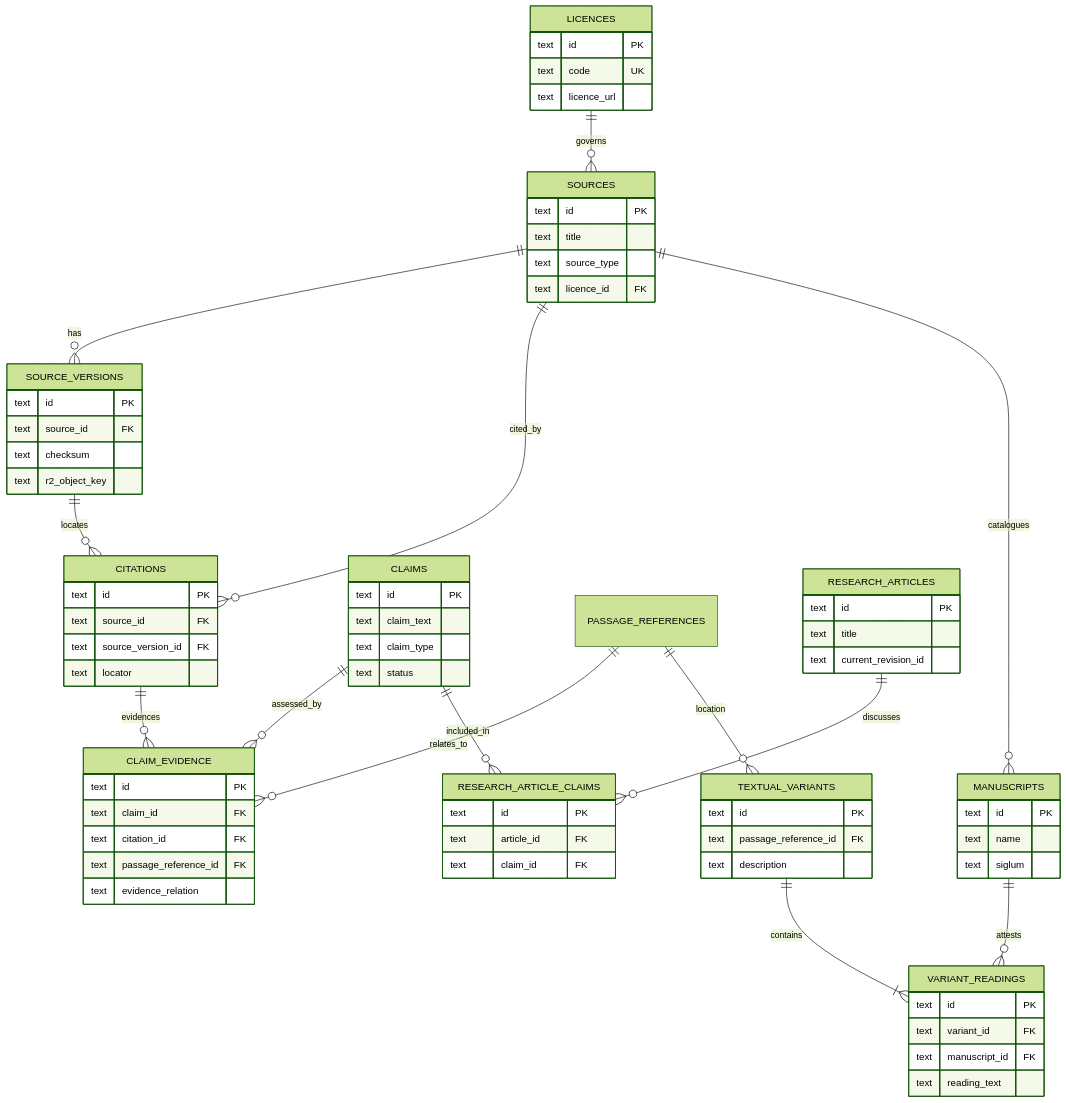
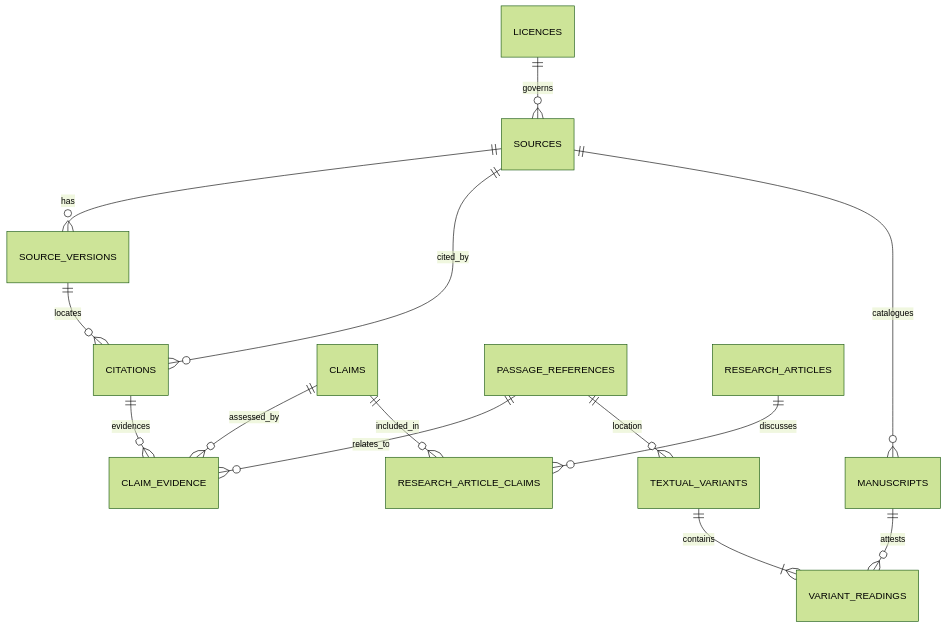
One commit to leenusdarnal/bible-study changed the third of 5 diagrams in docs/12-entity-relationship-diagrams.md. Above: the diagram before and after it, drawn with Mermaid (forest theme). The commit also changed other lines of this file, not shown here.

Commit message:
docs: correct Mermaid ERD syntax

```diff
--- a/docs/12-entity-relationship-diagrams.md
+++ b/docs/12-entity-relationship-diagrams.md
@@ -77,27 +53,16 @@
 ~~~mermaid
 erDiagram
     SOURCES ||--o{ SOURCE_VERSIONS : has
     SOURCES ||--o{ CITATIONS : cited_by
     SOURCE_VERSIONS ||--o{ CITATIONS : locates
     LICENCES ||--o{ SOURCES : governs
     CLAIMS ||--o{ CLAIM_EVIDENCE : assessed_by
     CITATIONS ||--o{ CLAIM_EVIDENCE : evidences
     PASSAGE_REFERENCES ||--o{ CLAIM_EVIDENCE : relates_to
     RESEARCH_ARTICLES ||--o{ RESEARCH_ARTICLE_CLAIMS : discusses
     CLAIMS ||--o{ RESEARCH_ARTICLE_CLAIMS : included_in
     PASSAGE_REFERENCES ||--o{ TEXTUAL_VARIANTS : location
     TEXTUAL_VARIANTS ||--|{ VARIANT_READINGS : contains
     MANUSCRIPTS ||--o{ VARIANT_READINGS : attests
     SOURCES ||--o{ MANUSCRIPTS : catalogues
-    SOURCES { text id PK text title text source_type text licence_id FK }
-    SOURCE_VERSIONS { text id PK text source_id FK text checksum text r2_object_key }
-    LICENCES { text id PK text code UK text licence_url }
-    CITATIONS { text id PK text source_id FK text source_version_id FK text locator }
-    CLAIMS { text id PK text claim_text text claim_type text status }
-    CLAIM_EVIDENCE { text id PK text claim_id FK text citation_id FK text passage_reference_id FK text evidence_relation }
-    RESEARCH_ARTICLES { text id PK text title text current_revision_id }
-    RESEARCH_ARTICLE_CLAIMS { text id PK text article_id FK text claim_id FK }
-    MANUSCRIPTS { text id PK text name text siglum }
-    TEXTUAL_VARIANTS { text id PK text passage_reference_id FK text description }
-    VARIANT_READINGS { text id PK text variant_id FK text manuscript_id FK text reading_text }
 ~~~
```
